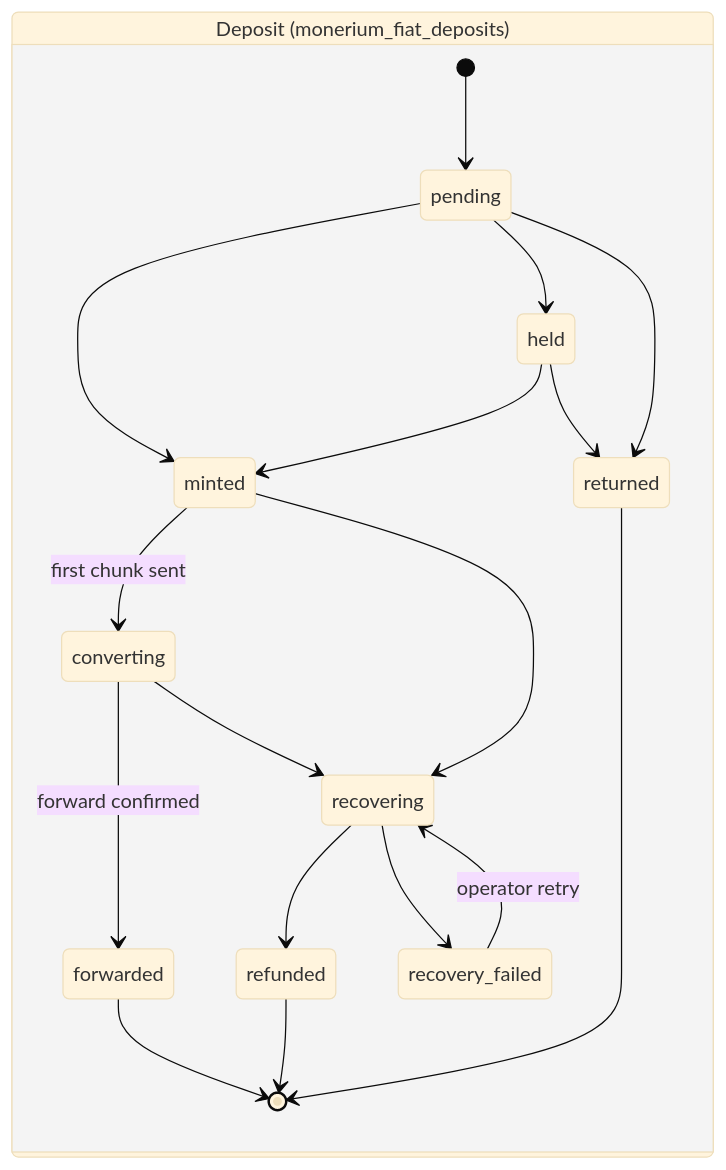
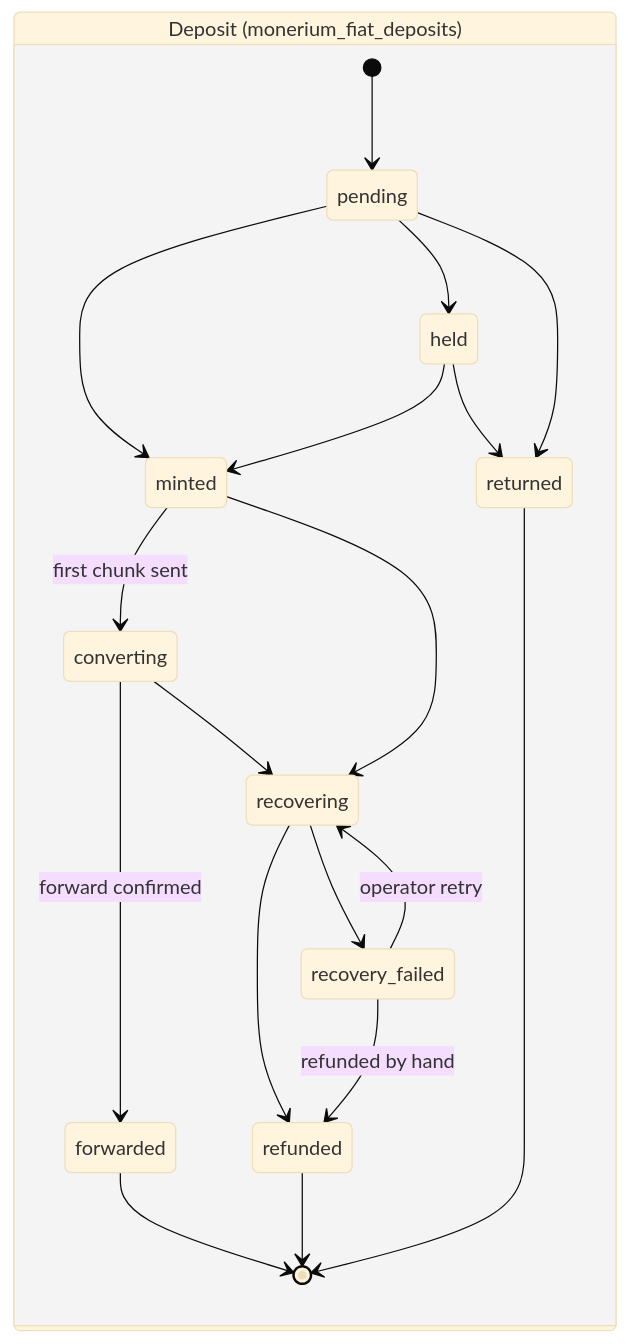
The fifth of 8 diagrams in docs/architecture-monerium-b2b-onramp.md (pendulum-chain/vortex), drawn with Mermaid (base theme) before and after one commit. The commit also changed other lines of this file and 8 other files, not shown here.

````diff
--- a/docs/architecture-monerium-b2b-onramp.md
+++ b/docs/architecture-monerium-b2b-onramp.md
@@ -249,22 +249,23 @@
 ```mermaid
 stateDiagram-v2
     direction LR
     state "Deposit (monerium_fiat_deposits)" as dep {
         [*] --> pending
         pending --> minted
         pending --> held
         pending --> returned
         held --> minted
         held --> returned
         minted --> converting : first chunk sent
         minted --> recovering
         converting --> forwarded : forward confirmed
         converting --> recovering
         recovering --> refunded
         recovering --> recovery_failed
         recovery_failed --> recovering : operator retry
+        recovery_failed --> refunded : refunded by hand
         forwarded --> [*]
         returned --> [*]
         refunded --> [*]
     }
 ```
````
